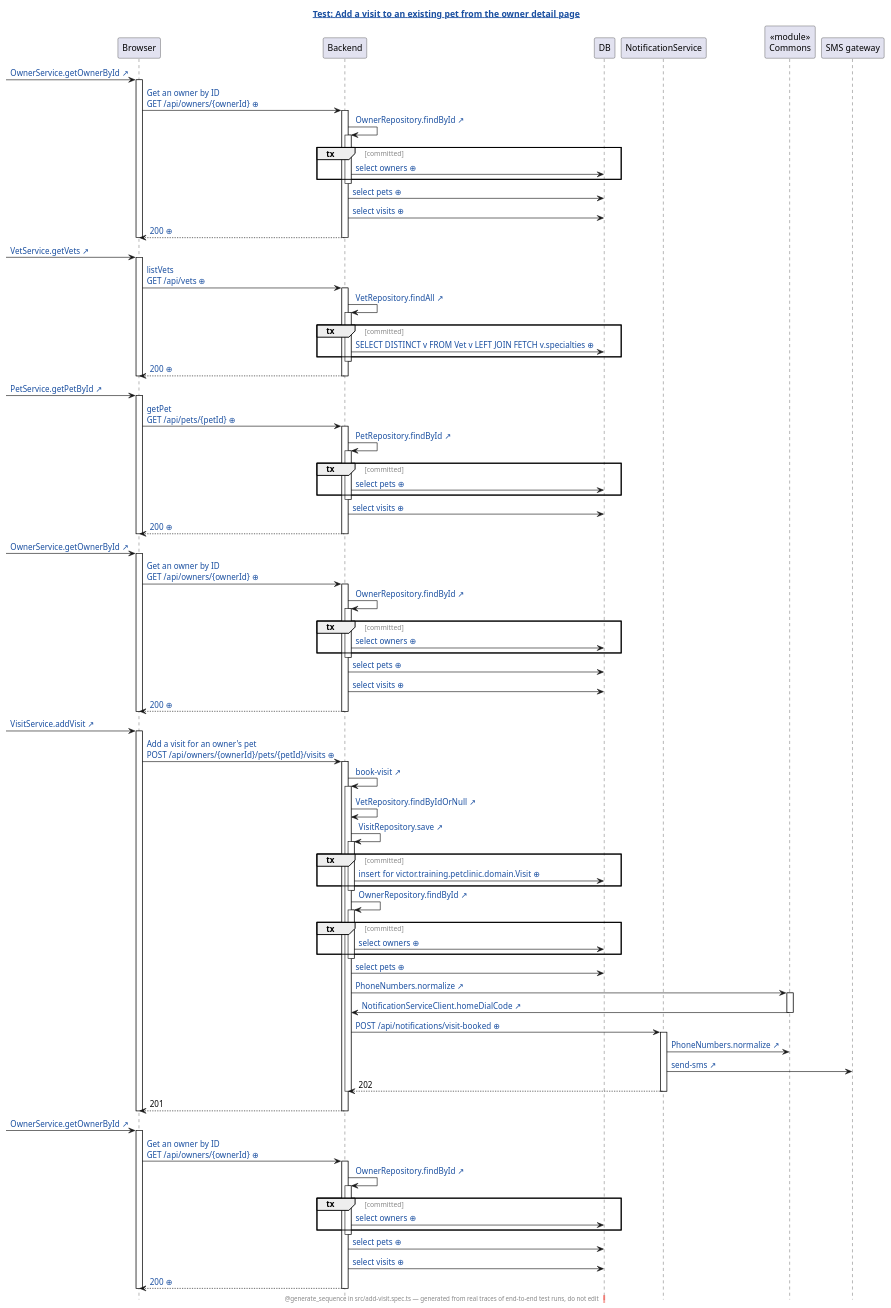
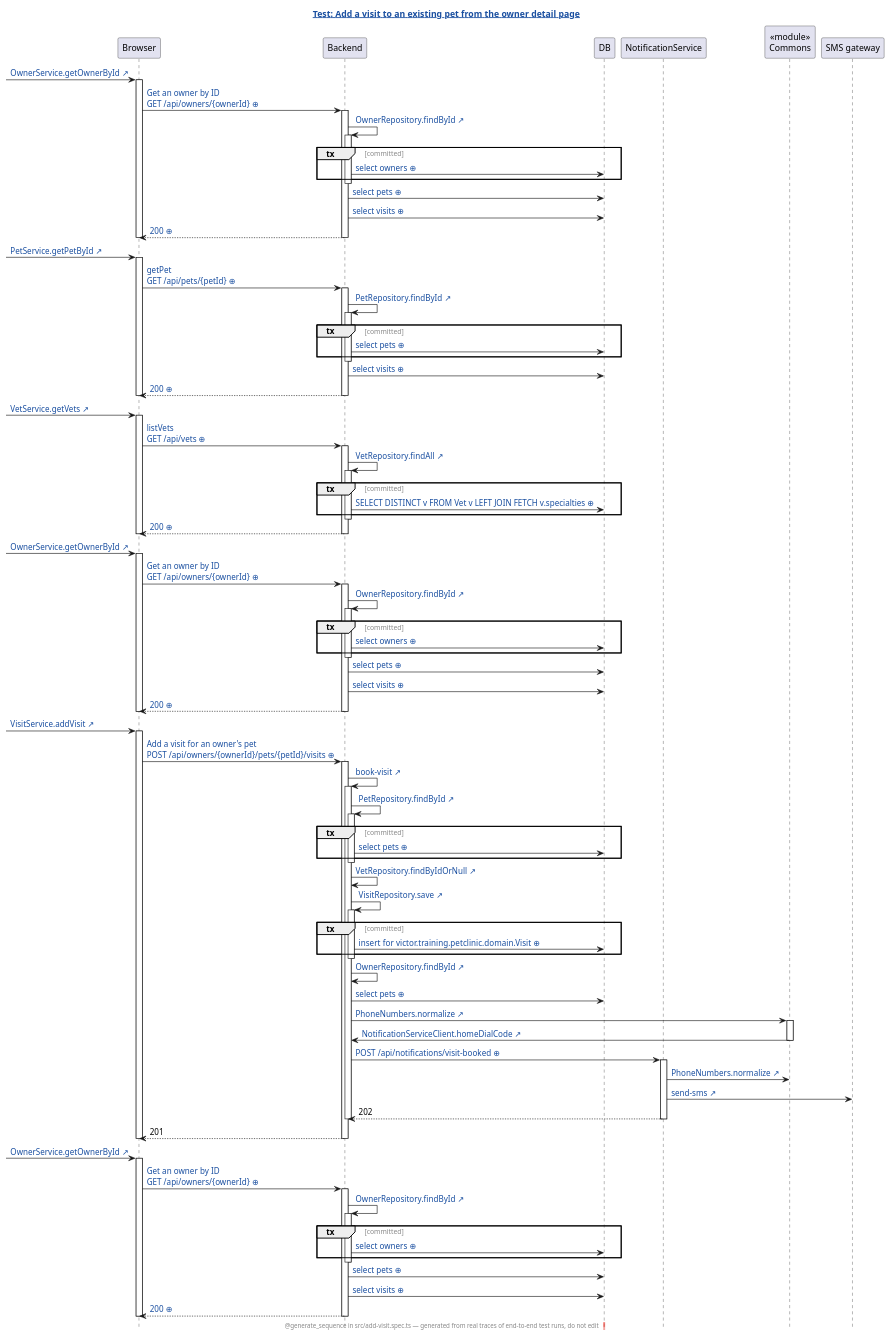
Before and after one commit to victorrentea/human-review: the diagram in demo/demo/assets/genseq/petclinic-test/generated/add-visit.spec.ts.add-a-visit-to-an-existing-pet-from-the-owner-detail-page.genseq.puml, drawn with PlantUML. The commit also changed 100 other files, not shown here.

```diff
--- a/demo/demo/assets/genseq/petclinic-test/generated/add-visit.spec.ts.add-a-visit-to-an-existing-pet-from-the-owner-detail-page.genseq.puml
+++ b/demo/demo/assets/genseq/petclinic-test/generated/add-visit.spec.ts.add-a-visit-to-an-existing-pet-from-the-owner-detail-page.genseq.puml
@@ -1,122 +1,123 @@
 @startuml
 ' ⚠️  GENERATED FILE — DO NOT EDIT. Every edit is lost on the next run.
 hide footbox
 skinparam hyperlinkUnderline false
 skinparam hyperlinkColor #1A4FA0
 skinparam sequenceGroupFontColor #888888
 skinparam sequenceGroupFontStyle plain
 title [[src://petclinic-test/src/add-visit.spec.ts:34{Click to open the test} Test: Add a visit to an existing pet from the owner detail page]]
 footer @generate_sequence in src/add-visit.spec.ts — generated from real traces of end-to-end test runs, do not edit ❗
 participant Browser
 participant Backend
 participant DB
 participant NotificationService
 participant "«module»\nCommons" as Commons
 participant "SMS gateway"
 [-> Browser: [[src://petclinic-frontend/src/app/owners/owner-detail/owner-detail.component.ts:22{Click to open the line that sent this request: owner-detail.component.ts:22} OwnerService.getOwnerById ↗]]
 activate Browser
-Browser -> Backend: [[genseq://0m8scc6{Click for the request as it was sent} Get an owner by ID\nGET /api/owners/{ownerId} ⊕]]
+Browser -> Backend: [[genseq://1p8dqqu{Click for the request as it was sent} Get an owner by ID\nGET /api/owners/{ownerId} ⊕]]
 activate Backend
 Backend -> Backend: [[src://petclinic-backend/src/main/java/victor/training/petclinic/repository/OwnerRepository.java:14{Click to open OwnerRepository.findById} OwnerRepository.findById ↗]]
 activate Backend
 group tx [committed]
 Backend -> DB: [[genseq://0x8aana{Click for the statement behind this call} select owners ⊕]]
 end
 deactivate Backend
 Backend -> DB: [[genseq://18567ho{Click for the statement behind this call} select pets ⊕]]
 Backend -> DB: [[genseq://1eq1h2q{Click for the statement behind this call} select visits ⊕]]
 Backend --> Browser: [[genseq://1bhasc1{Click for this call’s JSON body} 200 ⊕]]
 deactivate Backend
 deactivate Browser
-[-> Browser: [[src://petclinic-frontend/src/app/visits/visit-add/visit-add.component.ts:46{Click to open the line that sent this request: visit-add.component.ts:46} VetService.getVets ↗]]
+[-> Browser: [[src://petclinic-frontend/src/app/visits/visit-add/visit-add.component.ts:51{Click to open the line that sent this request: visit-add.component.ts:51} PetService.getPetById ↗]]
 activate Browser
-Browser -> Backend: [[genseq://1ce7aux{Click for the request as it was sent} listVets\nGET /api/vets ⊕]]
-activate Backend
-Backend -> Backend: [[src://petclinic-backend/src/main/java/victor/training/petclinic/repository/VetRepository.java:13{Click to open VetRepository.findAll} VetRepository.findAll ↗]]
-activate Backend
-group tx [committed]
-Backend -> DB: [[genseq://0p6yxbc{Click for the statement behind this call} SELECT DISTINCT v FROM Vet v LEFT JOIN FETCH v.specialties ⊕]]
-end
-deactivate Backend
-Backend --> Browser: [[genseq://1nmg2oo{Click for this call’s JSON body} 200 ⊕]]
-deactivate Backend
-deactivate Browser
-[-> Browser: [[src://petclinic-frontend/src/app/visits/visit-add/visit-add.component.ts:48{Click to open the line that sent this request: visit-add.component.ts:48} PetService.getPetById ↗]]
-activate Browser
-Browser -> Backend: [[genseq://0ranhxm{Click for the request as it was sent} getPet\nGET /api/pets/{petId} ⊕]]
+Browser -> Backend: [[genseq://1d5esqa{Click for the request as it was sent} getPet\nGET /api/pets/{petId} ⊕]]
 activate Backend
 Backend -> Backend: [[src://petclinic-backend/src/main/java/victor/training/petclinic/repository/PetRepository.java:16{Click to open PetRepository.findById} PetRepository.findById ↗]]
 activate Backend
 group tx [committed]
 Backend -> DB: [[genseq://0y7w2ps{Click for the statement behind this call} select pets ⊕]]
 end
 deactivate Backend
 Backend -> DB: [[genseq://1eq1h2q{Click for the statement behind this call} select visits ⊕]]
 Backend --> Browser: [[genseq://0n1gsl8{Click for this call’s JSON body} 200 ⊕]]
 deactivate Backend
 deactivate Browser
-[-> Browser: [[src://petclinic-frontend/src/app/visits/visit-add/visit-add.component.ts:53{Click to open the line that sent this request: visit-add.component.ts:53} OwnerService.getOwnerById ↗]]
+[-> Browser: [[src://petclinic-frontend/src/app/visits/visit-add/visit-add.component.ts:49{Click to open the line that sent this request: visit-add.component.ts:49} VetService.getVets ↗]]
 activate Browser
-Browser -> Backend: [[genseq://0m8scc6{Click for the request as it was sent} Get an owner by ID\nGET /api/owners/{ownerId} ⊕]]
+Browser -> Backend: [[genseq://1f5fwa9{Click for the request as it was sent} listVets\nGET /api/vets ⊕]]
+activate Backend
+Backend -> Backend: [[src://petclinic-backend/src/main/java/victor/training/petclinic/repository/VetRepository.java:13{Click to open VetRepository.findAll} VetRepository.findAll ↗]]
+activate Backend
+group tx [committed]
+Backend -> DB: [[genseq://0p6yxbc{Click for the statement behind this call} SELECT DISTINCT v FROM Vet v LEFT JOIN FETCH v.specialties ⊕]]
+end
+deactivate Backend
+Backend --> Browser: [[genseq://1nmg2oo{Click for this call’s JSON body} 200 ⊕]]
+deactivate Backend
+deactivate Browser
+[-> Browser: [[src://petclinic-frontend/src/app/visits/visit-add/visit-add.component.ts:57{Click to open the line that sent this request: visit-add.component.ts:57} OwnerService.getOwnerById ↗]]
+activate Browser
+Browser -> Backend: [[genseq://1p8dqqu{Click for the request as it was sent} Get an owner by ID\nGET /api/owners/{ownerId} ⊕]]
 activate Backend
 Backend -> Backend: [[src://petclinic-backend/src/main/java/victor/training/petclinic/repository/OwnerRepository.java:14{Click to open OwnerRepository.findById} OwnerRepository.findById ↗]]
 activate Backend
 group tx [committed]
 Backend -> DB: [[genseq://0x8aana{Click for the statement behind this call} select owners ⊕]]
 end
 deactivate Backend
 Backend -> DB: [[genseq://18567ho{Click for the statement behind this call} select pets ⊕]]
 Backend -> DB: [[genseq://1eq1h2q{Click for the statement behind this call} select visits ⊕]]
 Backend --> Browser: [[genseq://1bhasc1{Click for this call’s JSON body} 200 ⊕]]
 deactivate Backend
 deactivate Browser
-[-> Browser: [[src://petclinic-frontend/src/app/visits/visit-add/visit-add.component.ts:69{Click to open the line that sent this request: visit-add.component.ts:69 ← visit-add.component.html:25} VisitService.addVisit ↗]]
+[-> Browser: [[src://petclinic-frontend/src/app/visits/visit-add/visit-add.component.ts:73{Click to open the line that sent this request: visit-add.component.ts:73 ← visit-add.component.html:25} VisitService.addVisit ↗]]
 activate Browser
-Browser -> Backend: [[genseq://0nhf3d3{Click for the request as it was sent} Add a visit for an owner's pet\nPOST /api/owners/{ownerId}/pets/{petId}/visits ⊕]]
+Browser -> Backend: [[genseq://1528zzj{Click for the request as it was sent} Add a visit for an owner's pet\nPOST /api/owners/{ownerId}/pets/{petId}/visits ⊕]]
 activate Backend
 Backend -> Backend: [[src://petclinic-backend/src/main/java/victor/training/petclinic/rest/OwnerRestController.java:193{Click to open OwnerRestController.bookVisit} book-visit ↗]]
 activate Backend
+Backend -> Backend: [[src://petclinic-backend/src/main/java/victor/training/petclinic/repository/PetRepository.java:16{Click to open PetRepository.findById} PetRepository.findById ↗]]
+activate Backend
+group tx [committed]
+Backend -> DB: [[genseq://0y7w2ps{Click for the statement behind this call} select pets ⊕]]
+end
+deactivate Backend
 Backend -> Backend: [[src://petclinic-backend/src/main/java/victor/training/petclinic/repository/VetRepository.java:19{Click to open VetRepository.findByIdOrNull} VetRepository.findByIdOrNull ↗]]
 Backend -> Backend: [[src://petclinic-backend/src/main/java/victor/training/petclinic/repository/VisitRepository.java:14{Click to open VisitRepository.save} VisitRepository.save ↗]]
 activate Backend
 group tx [committed]
-Backend -> DB: [[genseq://0v1528l{Click for the statement behind this call} insert for victor.training.petclinic.domain.Visit ⊕]]
+Backend -> DB: [[genseq://0i74uqt{Click for the statement behind this call} insert for victor.training.petclinic.domain.Visit ⊕]]
 end
 deactivate Backend
 Backend -> Backend: [[src://petclinic-backend/src/main/java/victor/training/petclinic/repository/OwnerRepository.java:14{Click to open OwnerRepository.findById} OwnerRepository.findById ↗]]
-activate Backend
-group tx [committed]
-Backend -> DB: [[genseq://0x8aana{Click for the statement behind this call} select owners ⊕]]
-end
-deactivate Backend
 Backend -> DB: [[genseq://18567ho{Click for the statement behind this call} select pets ⊕]]
 Backend -> Commons: [[src://petclinic-commons/src/main/java/victor/training/commons/PhoneNumbers.java:14{Click to open PhoneNumbers.normalize} PhoneNumbers.normalize ↗]]
 activate Commons
 Commons -> Backend: [[src://petclinic-backend/src/main/java/victor/training/petclinic/notification/NotificationServiceClient.java:45{Click to open NotificationServiceClient.homeDialCode} NotificationServiceClient.homeDialCode ↗]]
 deactivate Commons
 Backend -> NotificationService: [[genseq://00gfug0{Click for the request as it was sent} POST /api/notifications/visit-booked ⊕]]
 activate NotificationService
 NotificationService -> Commons: [[src://petclinic-commons/src/main/java/victor/training/commons/PhoneNumbers.java:8{Click to open PhoneNumbers.normalize} PhoneNumbers.normalize ↗]]
 NotificationService -> "SMS gateway": [[src://notification-service/src/main/java/victor/training/notification/SmsGateway.java:23{Click to open SmsGateway.send} send-sms ↗]]
 NotificationService --> Backend: 202
 deactivate NotificationService
 deactivate Backend
 Backend --> Browser: 201
 deactivate Backend
 deactivate Browser
 [-> Browser: [[src://petclinic-frontend/src/app/owners/owner-detail/owner-detail.component.ts:22{Click to open the line that sent this request: owner-detail.component.ts:22} OwnerService.getOwnerById ↗]]
 activate Browser
-Browser -> Backend: [[genseq://0m8scc6{Click for the request as it was sent} Get an owner by ID\nGET /api/owners/{ownerId} ⊕]]
+Browser -> Backend: [[genseq://1p8dqqu{Click for the request as it was sent} Get an owner by ID\nGET /api/owners/{ownerId} ⊕]]
 activate Backend
 Backend -> Backend: [[src://petclinic-backend/src/main/java/victor/training/petclinic/repository/OwnerRepository.java:14{Click to open OwnerRepository.findById} OwnerRepository.findById ↗]]
 activate Backend
 group tx [committed]
 Backend -> DB: [[genseq://0x8aana{Click for the statement behind this call} select owners ⊕]]
 end
 deactivate Backend
 Backend -> DB: [[genseq://18567ho{Click for the statement behind this call} select pets ⊕]]
 Backend -> DB: [[genseq://1eq1h2q{Click for the statement behind this call} select visits ⊕]]
-Backend --> Browser: [[genseq://18ymh90{Click for this call’s JSON body} 200 ⊕]]
+Backend --> Browser: [[genseq://0zu46fs{Click for this call’s JSON body} 200 ⊕]]
 deactivate Backend
 deactivate Browser
 @enduml
```
